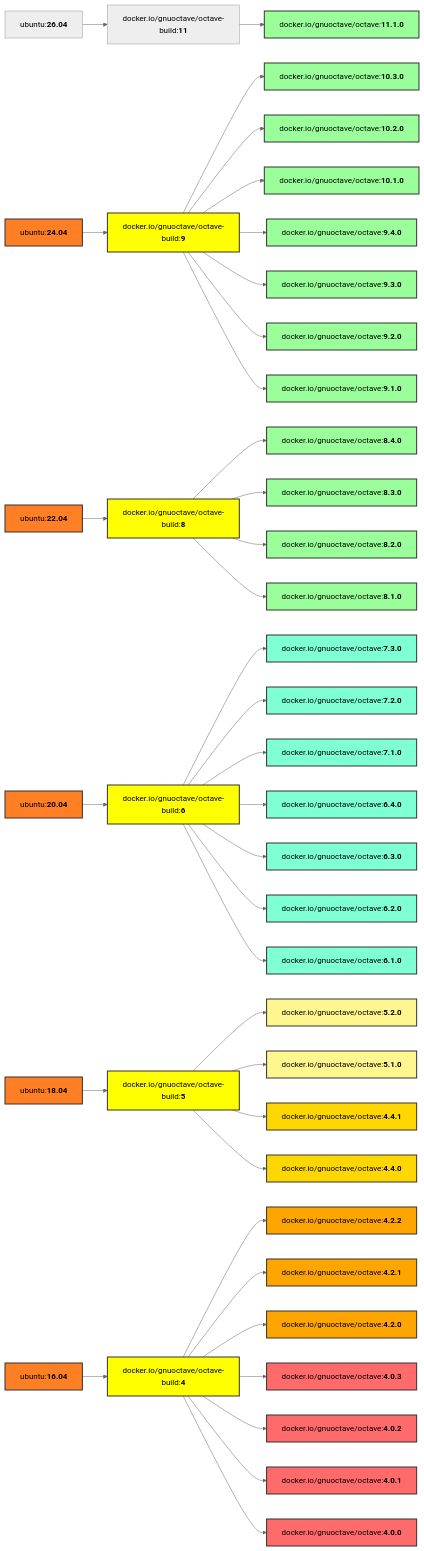
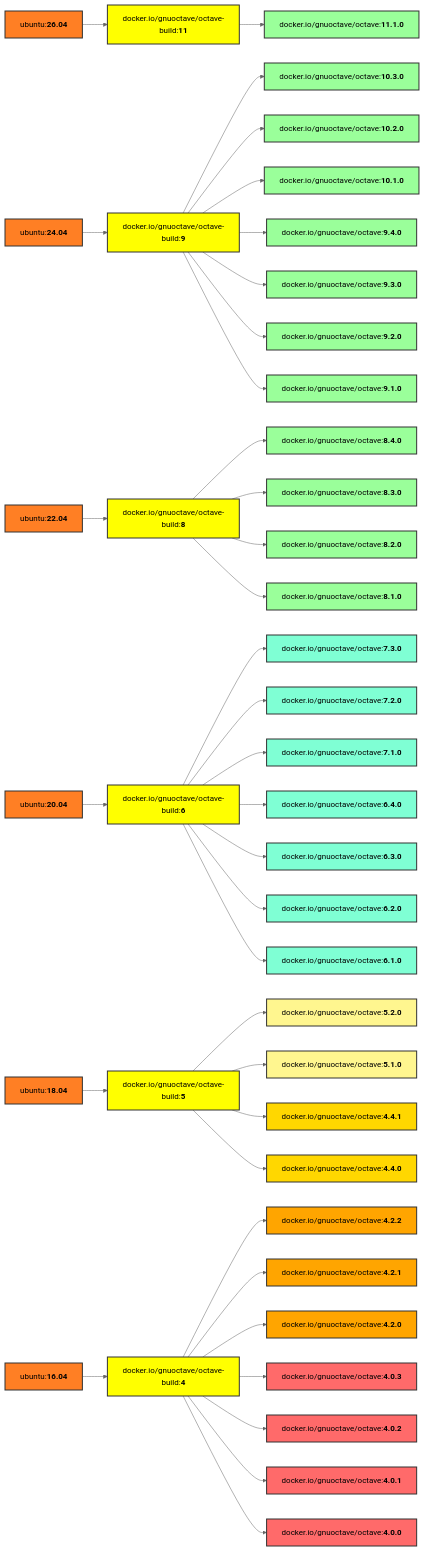
The diagram in README.md (gnu-octave/docker), drawn with Mermaid (neutral theme) before and after one commit.

Commit message:
README.md: fix colors in graphic

```diff
--- a/README.md
+++ b/README.md
@@ -171,12 +171,14 @@
     class U3 U;
     class U4 U;
     class U5 U;
+    class U6 U;
     classDef b fill:#ff0,stroke:#333,stroke-width:2px;
     class b4 b;
     class b5 b;
     class b6 b;
     class b8 b;
     class b9 b;
+    class b11 b;
     classDef age1 fill:#9aff9a,stroke:#333,stroke-width:2px;
     classDef age2 fill:#7fffd4,stroke:#333,stroke-width:2px;
     classDef age3 fill:#fff68f,stroke:#333,stroke-width:2px;
```
